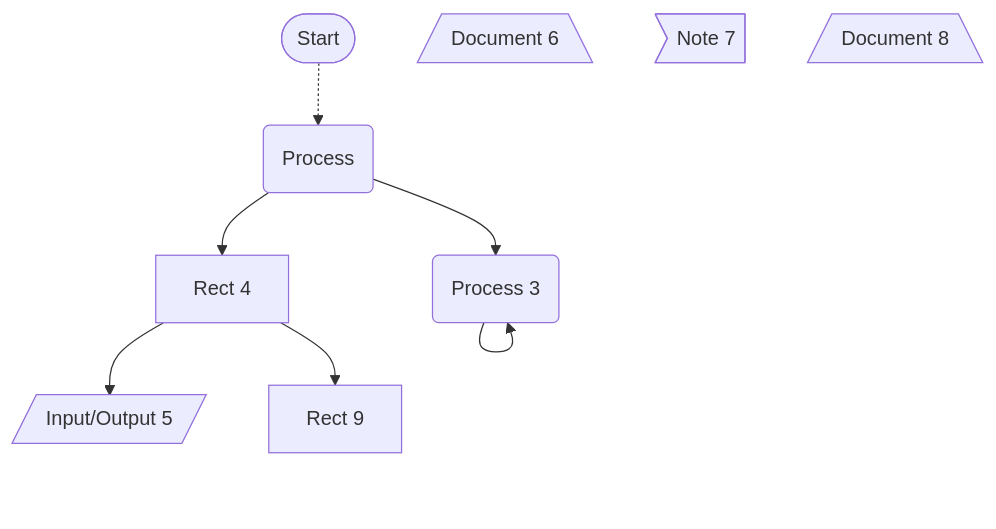
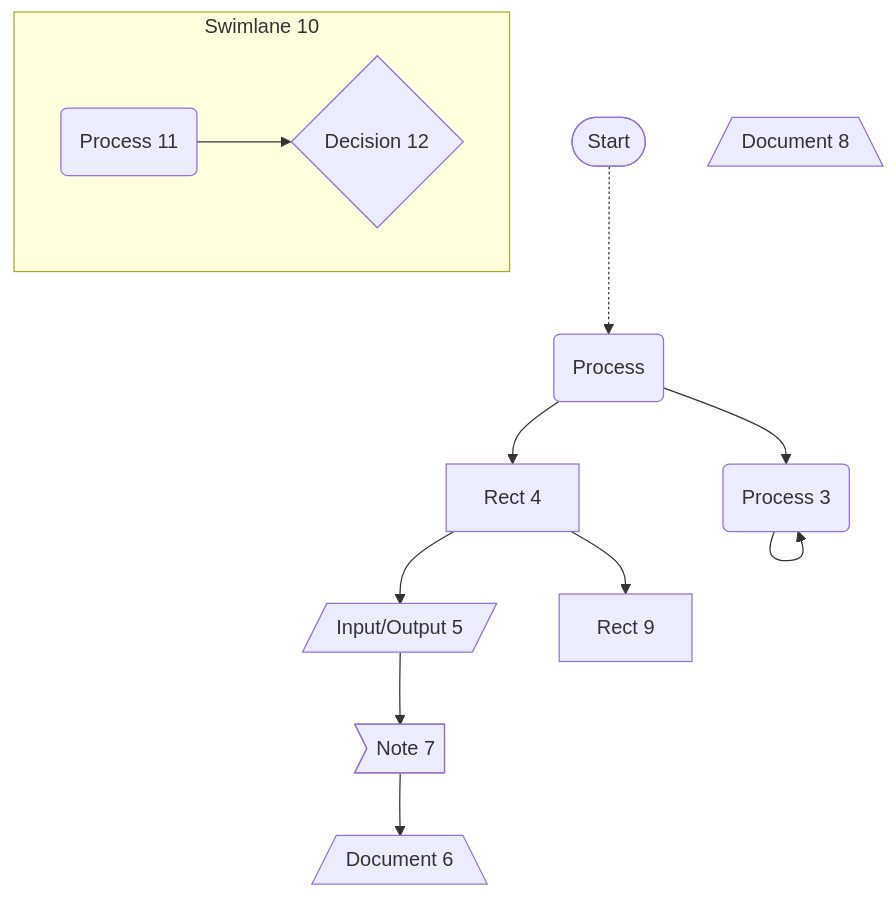
Before and after one commit to pingpm/mermaid_vault: the diagram in mmd/流程图_3c82e5dc-80e4-4b41-a50d-f90f98ff5790.mmd, drawn with Mermaid. The commit also changed 2 other files, not shown here.

Commit message:
Sync Mermaid Studio data (12 diagrams)

```diff
--- a/mmd/流程图_3c82e5dc-80e4-4b41-a50d-f90f98ff5790.mmd
+++ b/mmd/流程图_3c82e5dc-80e4-4b41-a50d-f90f98ff5790.mmd
@@ -1,16 +1,23 @@
 graph TD
+  subgraph 80730659-8bb1-4cec-afc1-f508a219c696 ["Swimlane 10"]
+    7714202b-77ab-4f03-8f6c-5da3acacc44a("Process 11")
+    f3a9e38a-2da4-4a9a-9213-2643698c5eb0{"Decision 12"}
+  end
   start(["Start"])
   1("Process")
   2b55b8de-e64f-48f1-a8b6-94cca48b33d2("Process 3")
   f836676b-fb2c-4936-a911-d066d325c8e0["Rect 4"]
   7f7d8cb8-27fd-45d9-8d2e-dd3c2a474f13[/"Input/Output 5"/]
   c08d4eab-03ff-4bb2-8d24-cee61d141f9d[/"Document 6"\]
   cacbf4fd-8267-4e6e-acf7-b18af6489a9a>"Note 7"]
   34b56764-0d96-4aae-a160-b1c1707fb3df[/"Document 8"\]
   cd307345-a2eb-40e4-8f4c-f274dbcdef02["Rect 9"]
   start -.-> 1
   2b55b8de-e64f-48f1-a8b6-94cca48b33d2 --> 2b55b8de-e64f-48f1-a8b6-94cca48b33d2
   1 --> 2b55b8de-e64f-48f1-a8b6-94cca48b33d2
   1 --> f836676b-fb2c-4936-a911-d066d325c8e0
   f836676b-fb2c-4936-a911-d066d325c8e0 --> 7f7d8cb8-27fd-45d9-8d2e-dd3c2a474f13
   f836676b-fb2c-4936-a911-d066d325c8e0 --> cd307345-a2eb-40e4-8f4c-f274dbcdef02
+  7f7d8cb8-27fd-45d9-8d2e-dd3c2a474f13 --> cacbf4fd-8267-4e6e-acf7-b18af6489a9a
+  cacbf4fd-8267-4e6e-acf7-b18af6489a9a --> c08d4eab-03ff-4bb2-8d24-cee61d141f9d
+  7714202b-77ab-4f03-8f6c-5da3acacc44a --> f3a9e38a-2da4-4a9a-9213-2643698c5eb0
```
